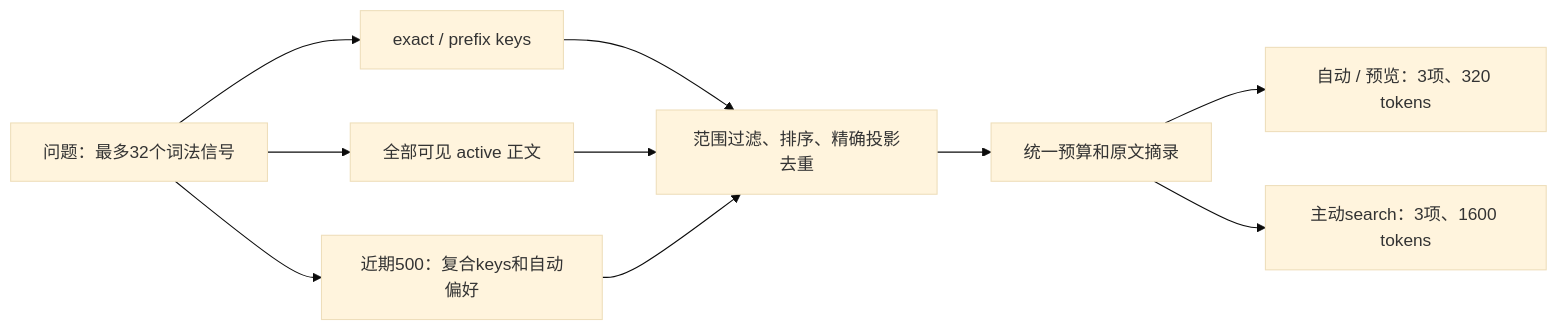
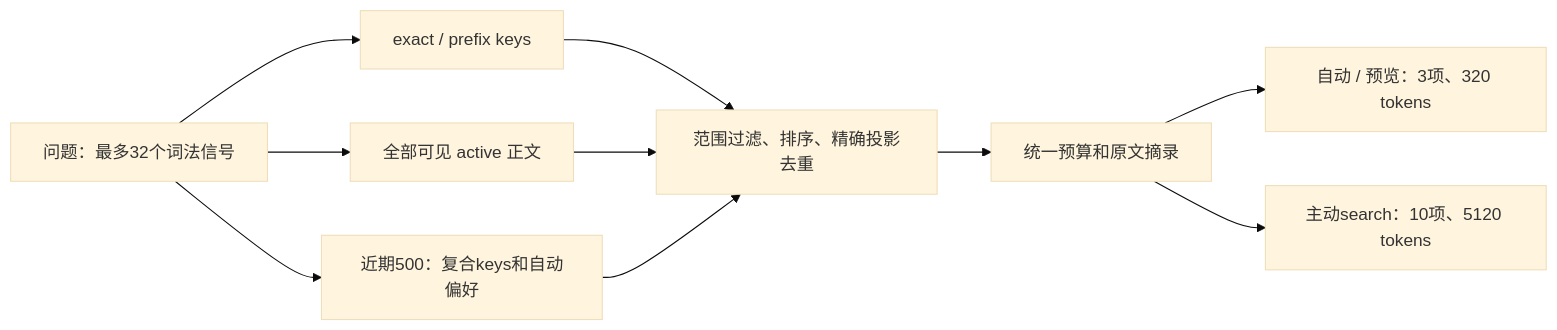
One commit to 99Gaoxiaoqi/pico-harness changed the third of 3 diagrams in docs/pico-memory-technical-guide.md. Above: the diagram before and after it, drawn with Mermaid (base theme). The commit also changed other lines of this file and 5 other files, not shown here.

````diff
--- a/docs/pico-memory-technical-guide.md
+++ b/docs/pico-memory-technical-guide.md
@@ -174,12 +174,12 @@
 ```mermaid
 flowchart LR
   query["问题：最多32个词法信号"] --> keys["exact / prefix keys"]
   query --> body["全部可见 active 正文"]
   query --> recent["近期500：复合keys和自动偏好"]
   keys --> rank["范围过滤、排序、精确投影去重"]
   body --> rank
   recent --> rank
   rank --> builder["统一预算和原文摘录"]
   builder --> auto["自动 / 预览：3项、320 tokens"]
-  builder --> search["主动search：3项、1600 tokens"]
+  builder --> search["主动search：10项、5120 tokens"]
 ```
````
